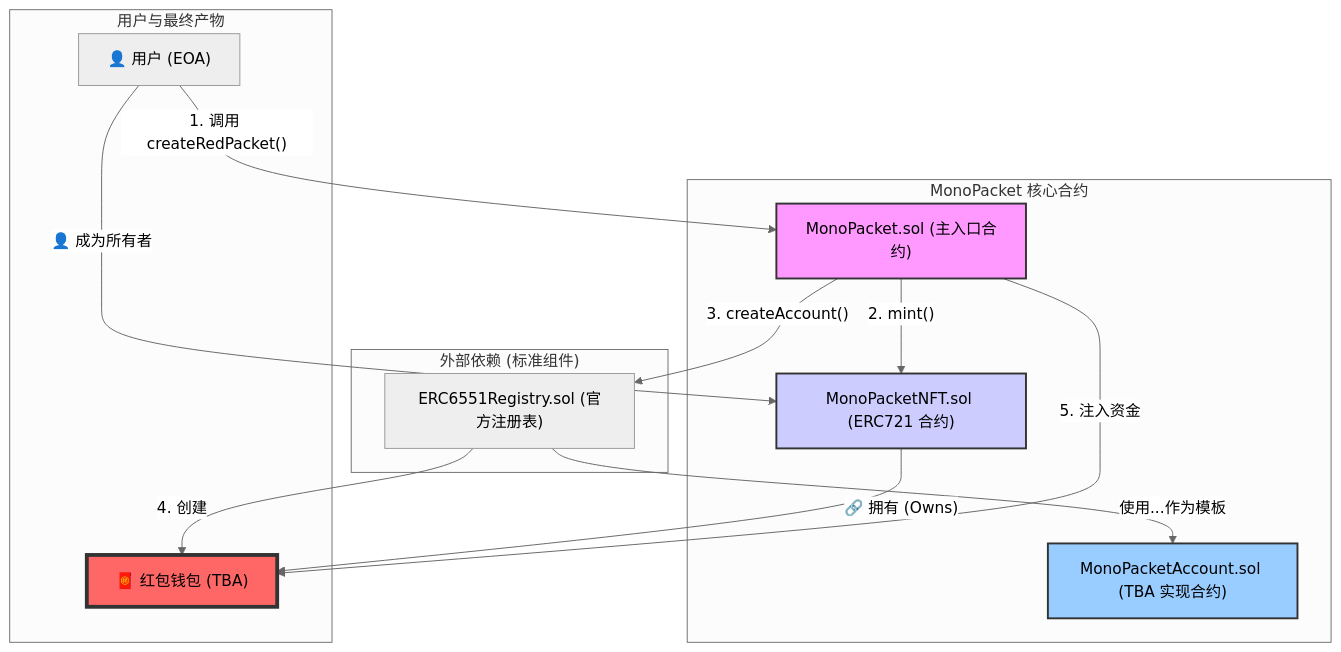
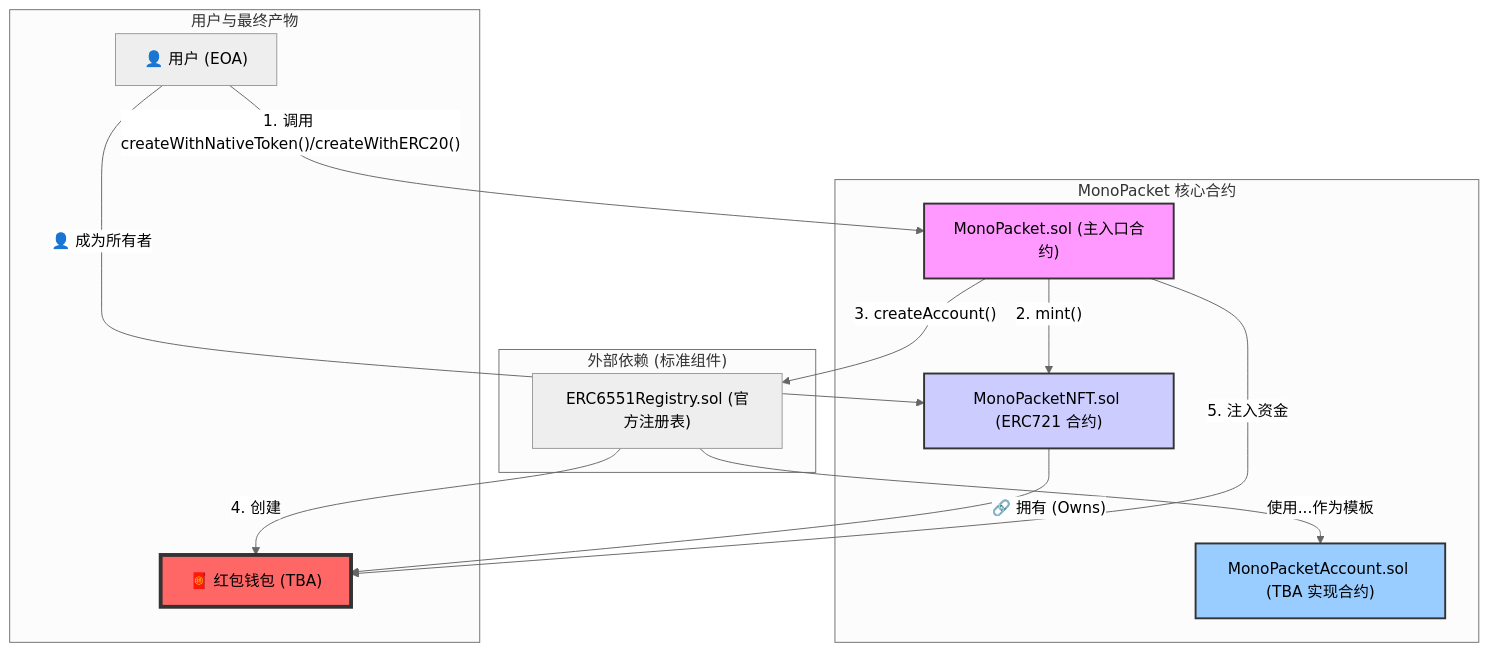
Before and after one commit to slince-zero/MonaPacket: the diagram in README.md, drawn with Mermaid (neutral theme). The commit also changed other lines of this file, not shown here.

````diff
--- a/README.md
+++ b/README.md
@@ -22,32 +22,32 @@
 ```mermaid
 graph TD
     subgraph "MonoPacket 核心合约"
         A["MonoPacket.sol (主入口合约)"]
         B["MonoPacketNFT.sol (ERC721 合约)"]
         C["MonoPacketAccount.sol (TBA 实现合约)"]
     end
 
     subgraph "外部依赖 (标准组件)"
         D["ERC6551Registry.sol (官方注册表)"]
     end
 
     subgraph "用户与最终产物"
         U["👤 用户 (EOA)"]
         TBA["🧧 红包钱包 (TBA)"]
     end
 
-    U --"1. 调用 createRedPacket()"--> A
+    U --"1. 调用 createWithNativeToken()/createWithERC20()"--> A
     A --"2. mint()"--> B
     A --"3. createAccount()"--> D
     D --"使用...作为模板"--> C
     D --"4. 创建"--> TBA
     A --"5. 注入资金"--> TBA
     
     B --"🔗 拥有 (Owns)"--> TBA
     U --"👤 成为所有者"--> B
 
     style A fill:#f9f,stroke:#333,stroke-width:2px
     style B fill:#ccf,stroke:#333,stroke-width:2px
     style C fill:#9cf,stroke:#333,stroke-width:2px
     style TBA fill:#f66,stroke:#333,stroke-width:4px
 ```
````
